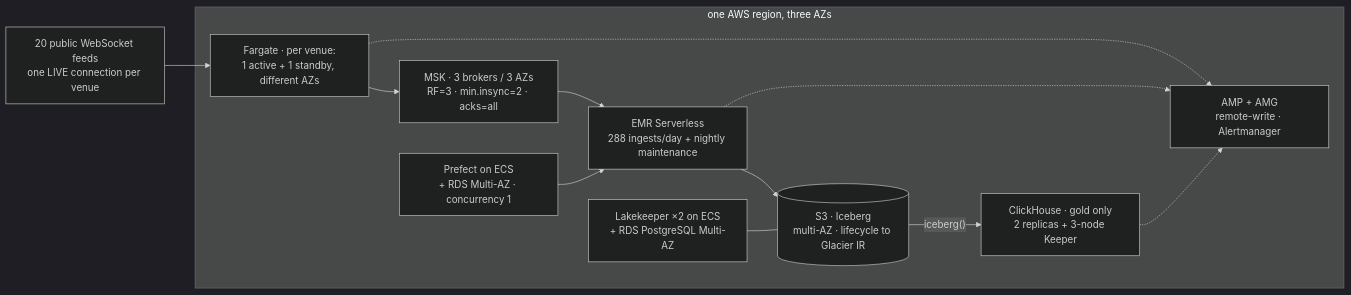
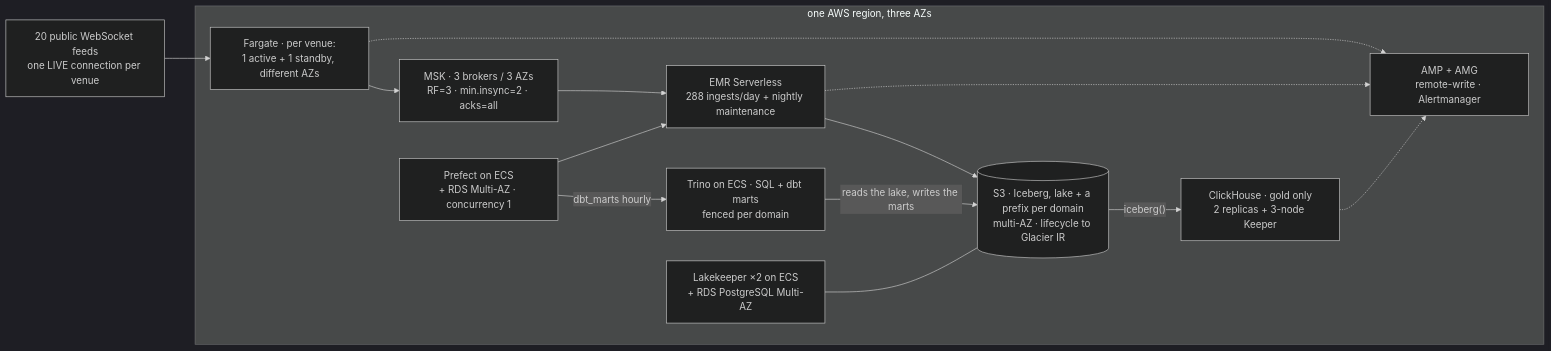
One commit to rjdscott/k2-market-data-platform changed the diagram in docs/architecture/17-scale-out-path.md. Above: the diagram before and after it, drawn with Mermaid (dark theme). The commit also changed other lines of this file and 1 other file, not shown here.

First line of the commit message:
docs(architecture): chapter 17 places Trino and the domain warehouses

````diff
--- a/docs/architecture/17-scale-out-path.md
+++ b/docs/architecture/17-scale-out-path.md
@@ -258,21 +278,24 @@
 ```mermaid
 flowchart LR
   V["20 public WebSocket feeds<br/>one LIVE connection per venue"]
   subgraph R["one AWS region, three AZs"]
     CAP["Fargate · per venue:<br/>1 active + 1 standby, different AZs"]
     BUS["MSK · 3 brokers / 3 AZs<br/>RF=3 · min.insync=2 · acks=all"]
     ORC["Prefect on ECS<br/>+ RDS Multi-AZ · concurrency 1"]
     ING["EMR Serverless<br/>288 ingests/day + nightly maintenance"]
     CAT["Lakekeeper ×2 on ECS<br/>+ RDS PostgreSQL Multi-AZ"]
-    S3[("S3 · Iceberg<br/>multi-AZ · lifecycle to Glacier IR")]
+    S3[("S3 · Iceberg, lake + a prefix per domain<br/>multi-AZ · lifecycle to Glacier IR")]
     CH["ClickHouse · gold only<br/>2 replicas + 3-node Keeper"]
+    TR["Trino on ECS · SQL + dbt marts<br/>fenced per domain"]
     OBS["AMP + AMG<br/>remote-write · Alertmanager"]
   end
   V --> CAP --> BUS --> ING --> S3
   ORC --> ING
+  ORC -->|"dbt_marts hourly"| TR
+  TR -->|"reads the lake, writes the marts"| S3
   CAT --- S3
   S3 -->|"iceberg()"| CH
   CAP -.-> OBS
   ING -.-> OBS
   CH -.-> OBS
 ```
````
